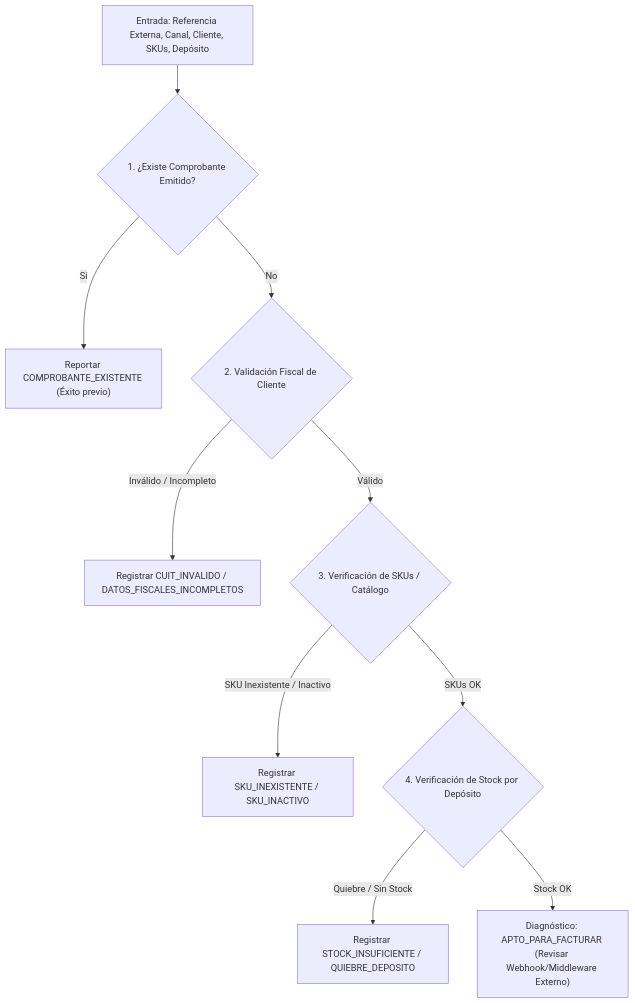
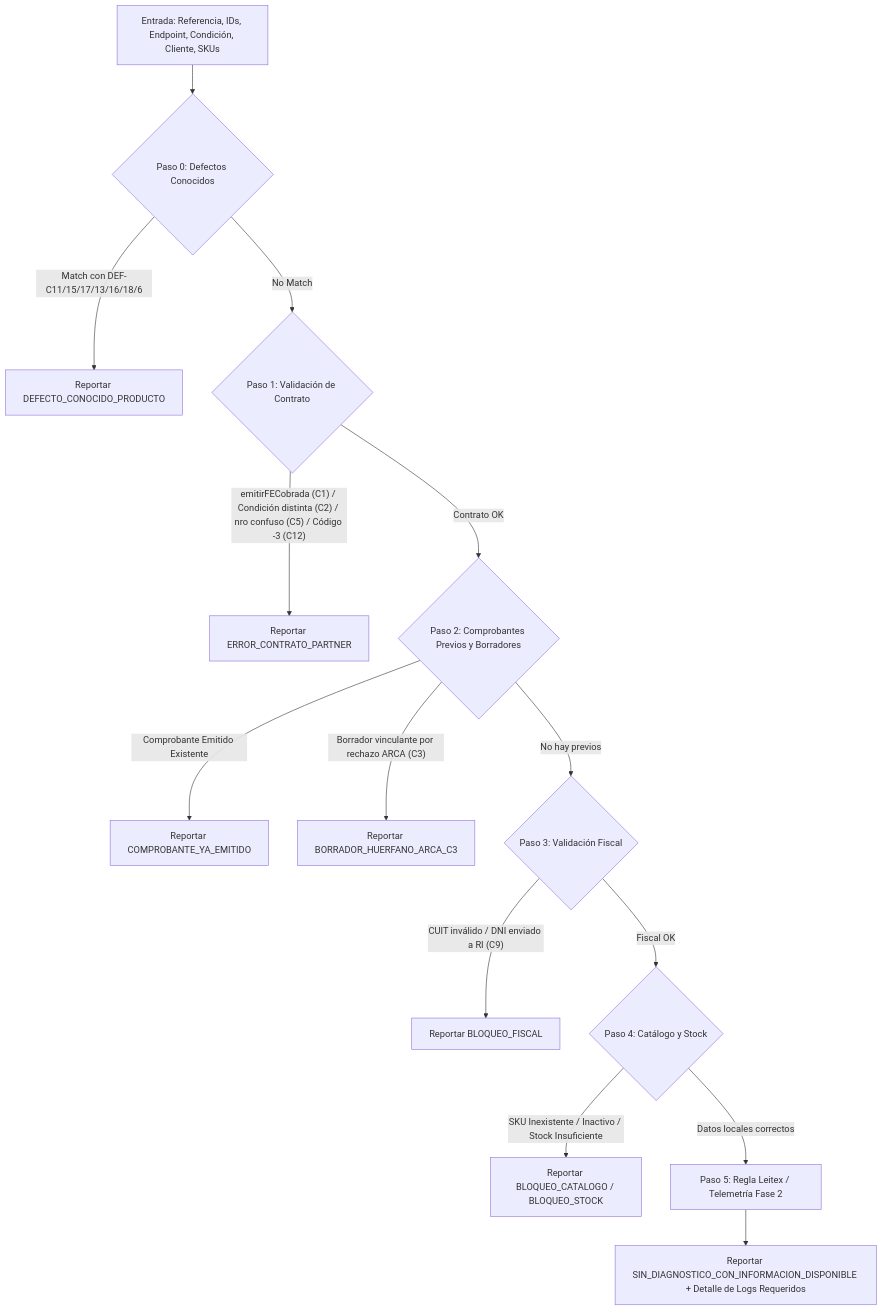
Before and after one commit to omarpcbl/contabilium-mcp: the diagram in docs/tickets/OP-08.md, drawn with Mermaid. The commit also changed other lines of this file and 2 other files, not shown here.

Commit message:
feat(diagnostico): evolucionar OP-08 v2 segun auditoria de casos reales de partners y regla de telemetria Fase 2

````diff
--- a/docs/tickets/OP-08.md
+++ b/docs/tickets/OP-08.md
@@ -27,12 +37,16 @@
 ```mermaid
 flowchart TD
-    A["Entrada: Referencia Externa, Canal, Cliente, SKUs, Depósito"] --> B{"1. ¿Existe Comprobante Emitido?"}
-    B -- Sí --> B1["Reportar COMPROBANTE_EXISTENTE (Éxito previo)"]
-    B -- No --> C{"2. Validación Fiscal de Cliente"}
-    C -- Inválido / Incompleto --> C1["Registrar CUIT_INVALIDO / DATOS_FISCALES_INCOMPLETOS"]
-    C -- Válido --> D{"3. Verificación de SKUs / Catálogo"}
-    D -- SKU Inexistente / Inactivo --> D1["Registrar SKU_INEXISTENTE / SKU_INACTIVO"]
-    D -- SKUs OK --> E{"4. Verificación de Stock por Depósito"}
-    E -- Quiebre / Sin Stock --> E1["Registrar STOCK_INSUFICIENTE / QUIEBRE_DEPOSITO"]
-    E -- Stock OK --> F["Diagnóstico: APTO_PARA_FACTURAR (Revisar Webhook/Middleware Externo)"]
+    Start["Entrada: Referencia, IDs, Endpoint, Condición, Cliente, SKUs"] --> P0{"Paso 0: Defectos Conocidos"}
+    P0 -- Match con DEF-C11/15/17/13/16/18/6 --> R0["Reportar DEFECTO_CONOCIDO_PRODUCTO"]
+    P0 -- No Match --> P1{"Paso 1: Validación de Contrato"}
+    P1 -- emitirFECobrada (C1) / Condición distinta (C2) / nro confuso (C5) / Código -3 (C12) --> R1["Reportar ERROR_CONTRATO_PARTNER"]
+    P1 -- Contrato OK --> P2{"Paso 2: Comprobantes Previos y Borradores"}
+    P2 -- Comprobante Emitido Existente --> R2["Reportar COMPROBANTE_YA_EMITIDO"]
+    P2 -- Borrador vinculante por rechazo ARCA (C3) --> R3["Reportar BORRADOR_HUERFANO_ARCA_C3"]
+    P2 -- No hay previos --> P3{"Paso 3: Validación Fiscal"}
+    P3 -- CUIT inválido / DNI enviado a RI (C9) --> R4["Reportar BLOQUEO_FISCAL"]
+    P3 -- Fiscal OK --> P4{"Paso 4: Catálogo y Stock"}
+    P4 -- SKU Inexistente / Inactivo / Stock Insuficiente --> R5["Reportar BLOQUEO_CATALOGO / BLOQUEO_STOCK"]
+    P4 -- Datos locales correctos --> P5["Paso 5: Regla Leitex / Telemetría Fase 2"]
+    P5 --> R6["Reportar SIN_DIAGNOSTICO_CON_INFORMACION_DISPONIBLE + Detalle de Logs Requeridos"]
 ```
````
